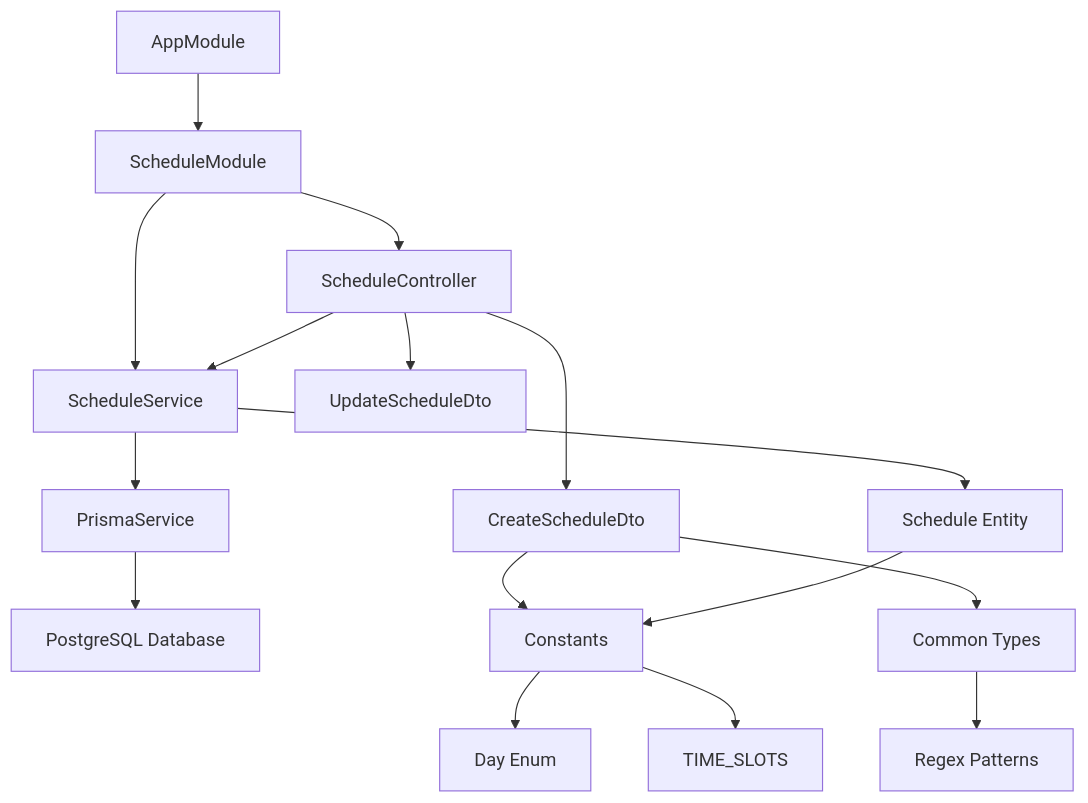
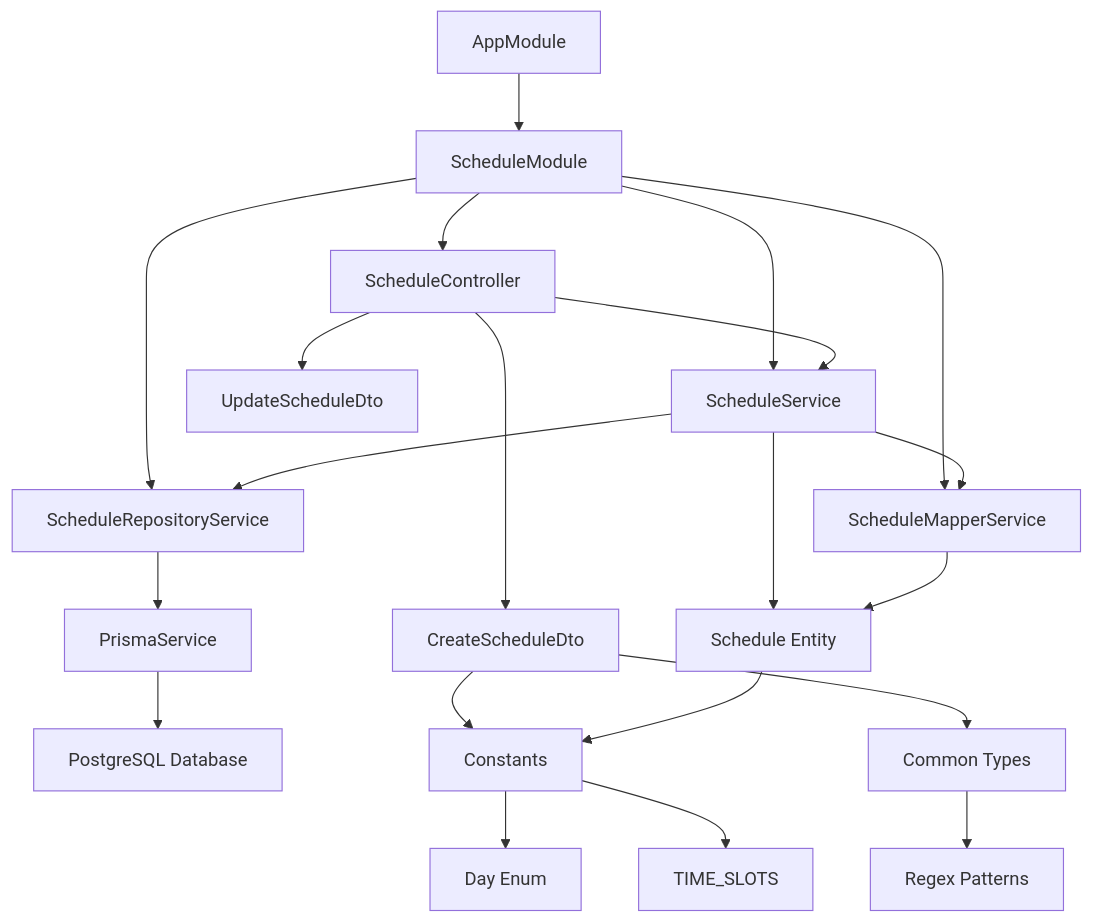
Before and after one commit to Joselay/jose-backend: the diagram in .cursor/memory-bank/systemPatterns.md, drawn with Mermaid. The commit also changed other lines of this file and 19 other files, not shown here.

First line of the commit message:
feat: refine schedule management and enhance code architecture

````diff
--- a/.cursor/memory-bank/systemPatterns.md
+++ b/.cursor/memory-bank/systemPatterns.md
@@ -85,18 +106,23 @@
 ```mermaid
 graph TD
     A[AppModule] --> B[ScheduleModule]
     B --> C[ScheduleController]
     B --> D[ScheduleService]
+    B --> M[ScheduleMapperService]
+    B --> N[ScheduleRepositoryService]
     C --> D
-    D --> E[PrismaService]
+    D --> M
+    D --> N
+    N --> E[PrismaService]
     E --> F[PostgreSQL Database]
     C --> G[CreateScheduleDto]
     C --> H[UpdateScheduleDto]
     D --> I[Schedule Entity]
+    M --> I
     G --> J[Constants]
     I --> J
     J --> K[Day Enum]
     J --> L[TIME_SLOTS]
-    G --> M[Common Types]
-    M --> N[Regex Patterns]
+    G --> O[Common Types]
+    O --> P[Regex Patterns]
 ```
````
